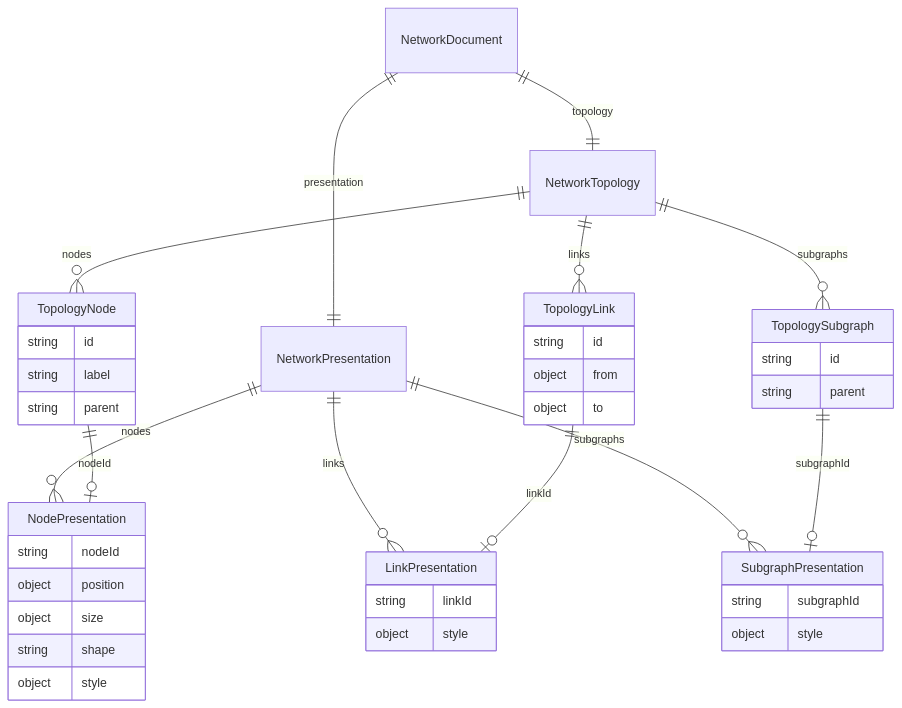
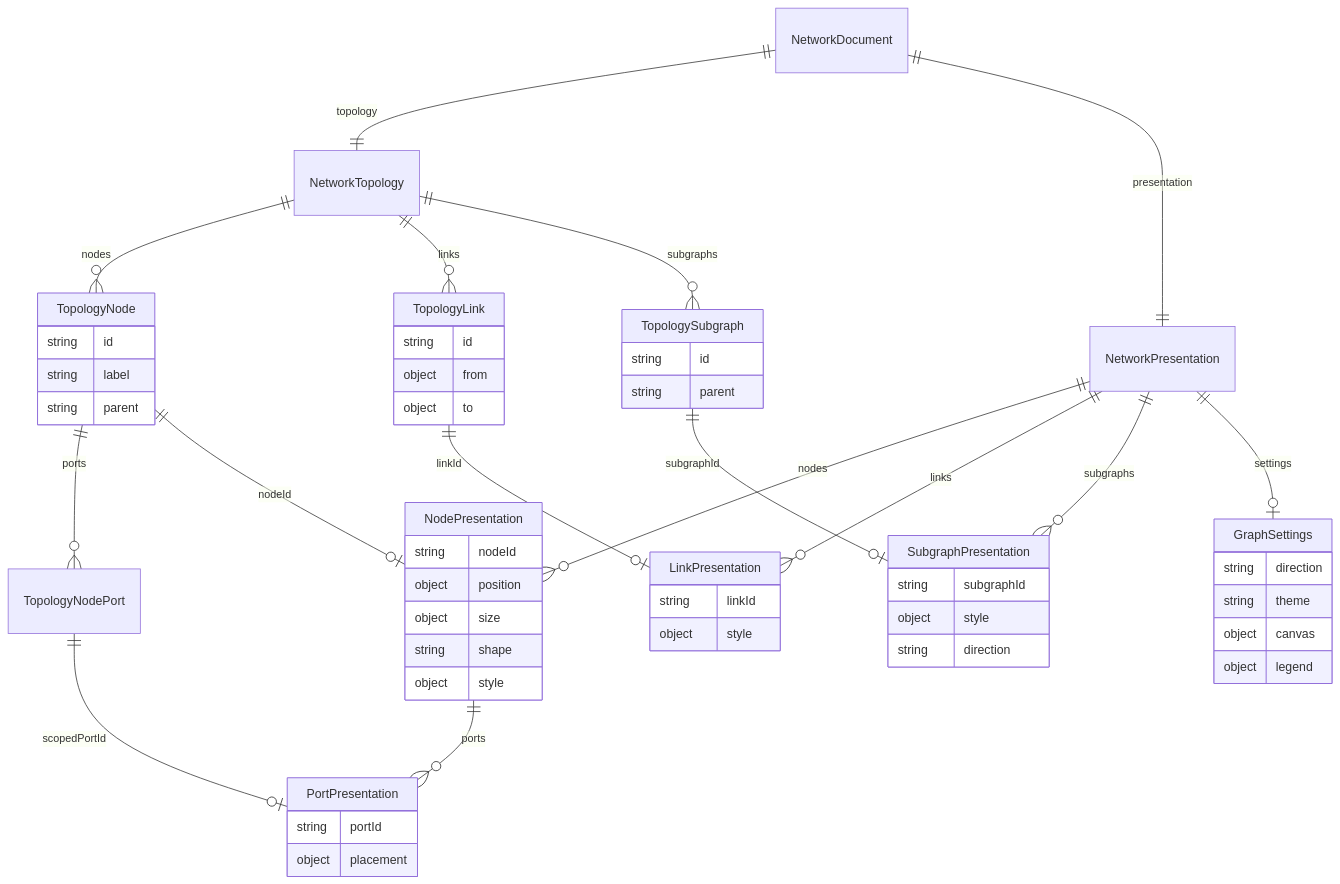
Before and after one commit to konoe-akitoshi/shumoku: the first of 2 diagrams in docs/network-model-storage-stage.ja.md, drawn with Mermaid. The commit also changed other lines of this file and 26 other files, not shown here.

Commit message:
refactor: separate port placement and graph settings from topology

````diff
--- a/docs/network-model-storage-stage.ja.md
+++ b/docs/network-model-storage-stage.ja.md
@@ -30,43 +35,58 @@
 ```mermaid
 erDiagram
   NetworkDocument ||--|| NetworkTopology : topology
   NetworkDocument ||--|| NetworkPresentation : presentation
   NetworkTopology ||--o{ TopologyNode : nodes
   NetworkTopology ||--o{ TopologyLink : links
   NetworkTopology ||--o{ TopologySubgraph : subgraphs
   NetworkPresentation ||--o{ NodePresentation : nodes
   NetworkPresentation ||--o{ LinkPresentation : links
   NetworkPresentation ||--o{ SubgraphPresentation : subgraphs
+  NetworkPresentation ||--o| GraphSettings : settings
+  TopologyNode ||--o{ TopologyNodePort : ports
+  NodePresentation ||--o{ PortPresentation : ports
+  TopologyNodePort ||--o| PortPresentation : scopedPortId
   TopologyNode ||--o| NodePresentation : nodeId
   TopologyLink ||--o| LinkPresentation : linkId
   TopologySubgraph ||--o| SubgraphPresentation : subgraphId
   TopologyNode {
     string id
     string label
     string parent
   }
   TopologyLink {
     string id
     object from
     object to
   }
   TopologySubgraph {
     string id
     string parent
   }
   NodePresentation {
     string nodeId
     object position
     object size
     string shape
     object style
   }
   LinkPresentation {
     string linkId
     object style
   }
   SubgraphPresentation {
     string subgraphId
     object style
+    string direction
+  }
+  PortPresentation {
+    string portId
+    object placement
+  }
+  GraphSettings {
+    string direction
+    string theme
+    object canvas
+    object legend
   }
 ```
````
